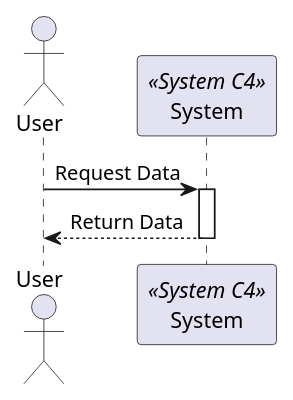
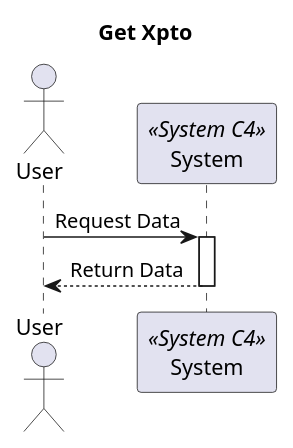
One commit to BernasDzn/portit changed the diagram in docs/sprint_1/global_artifacts/arquitecture/level_1/process_views/l1_process_view_get.puml. Above: the diagram before and after it, drawn with PlantUML. The commit also changed 27 other files, not shown here.

```diff
--- a/docs/sprint_1/global_artifacts/arquitecture/level_1/process_views/l1_process_view_get.puml
+++ b/docs/sprint_1/global_artifacts/arquitecture/level_1/process_views/l1_process_view_get.puml
@@ -1,10 +1,12 @@
 @startuml processview_n1
 Actor "User" as user
 Participant "System" as System <<System C4>>
+
+title Get Xpto
 
 user -> System: Request Data
 activate System
     user <-- System: Return Data
 deactivate System
 
 @enduml
```
